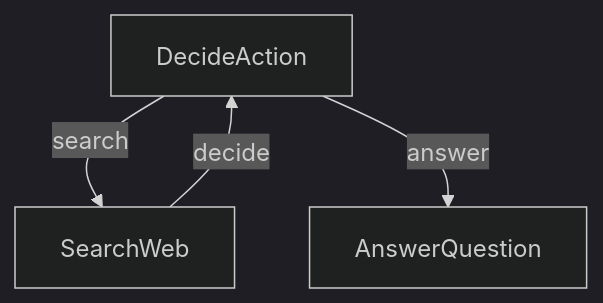
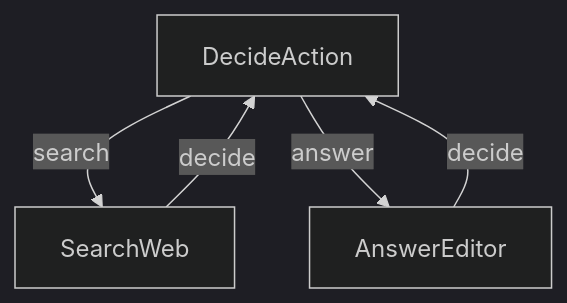
The diagram in README.md (Fun-Fox/google-trends), drawn with Mermaid (dark theme) before and after one commit. The commit also changed other lines of this file and 4 other files, not shown here.

````diff
--- a/README.md
+++ b/README.md
@@ -20,6 +19,8 @@
 ```mermaid
 graph TD
     A[DecideAction] -->|"search"| B[SearchWeb]
-    A -->|"answer"| C[AnswerQuestion]
+    A -->|"answer"| C[AnswerEditor]
     B -->|"decide"| A
+    C -->|"decide"| A    
+    
 ```
````
